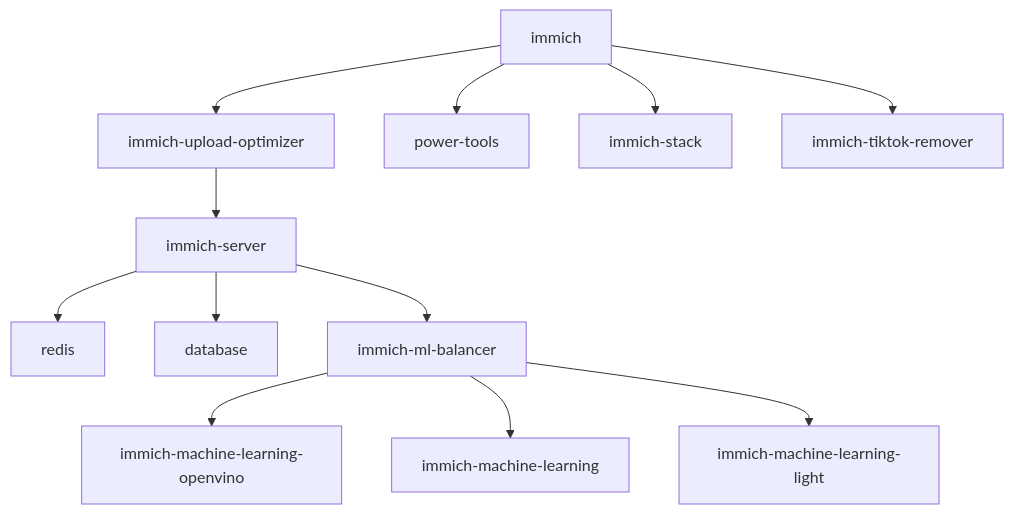
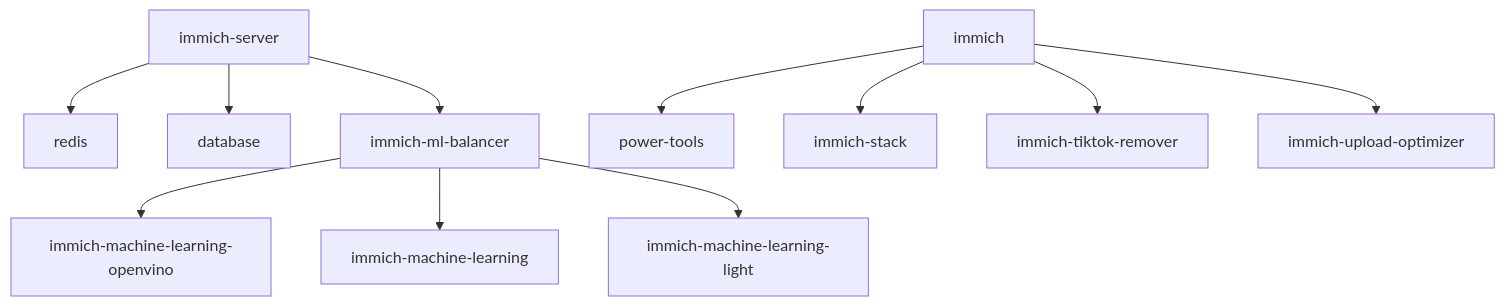
The diagram in diagrams/immich.mmd (BenceGyurus/Homelab), drawn with Mermaid before and after one commit. The commit also changed 2 other files, not shown here.

Commit message:
remove optimizer

```diff
--- a/diagrams/immich.mmd
+++ b/diagrams/immich.mmd
@@ -1,12 +1,11 @@
 graph TD
-immich-upload-optimizer-->immich-server
 immich-server-->redis
 immich-server-->database
 immich-->power-tools
 immich-server-->immich-ml-balancer
 immich-ml-balancer-->immich-machine-learning-openvino
 immich-ml-balancer-->immich-machine-learning
 immich-ml-balancer-->immich-machine-learning-light
 immich-->immich-stack
 immich-->immich-tiktok-remover
 immich-->immich-upload-optimizer
```
